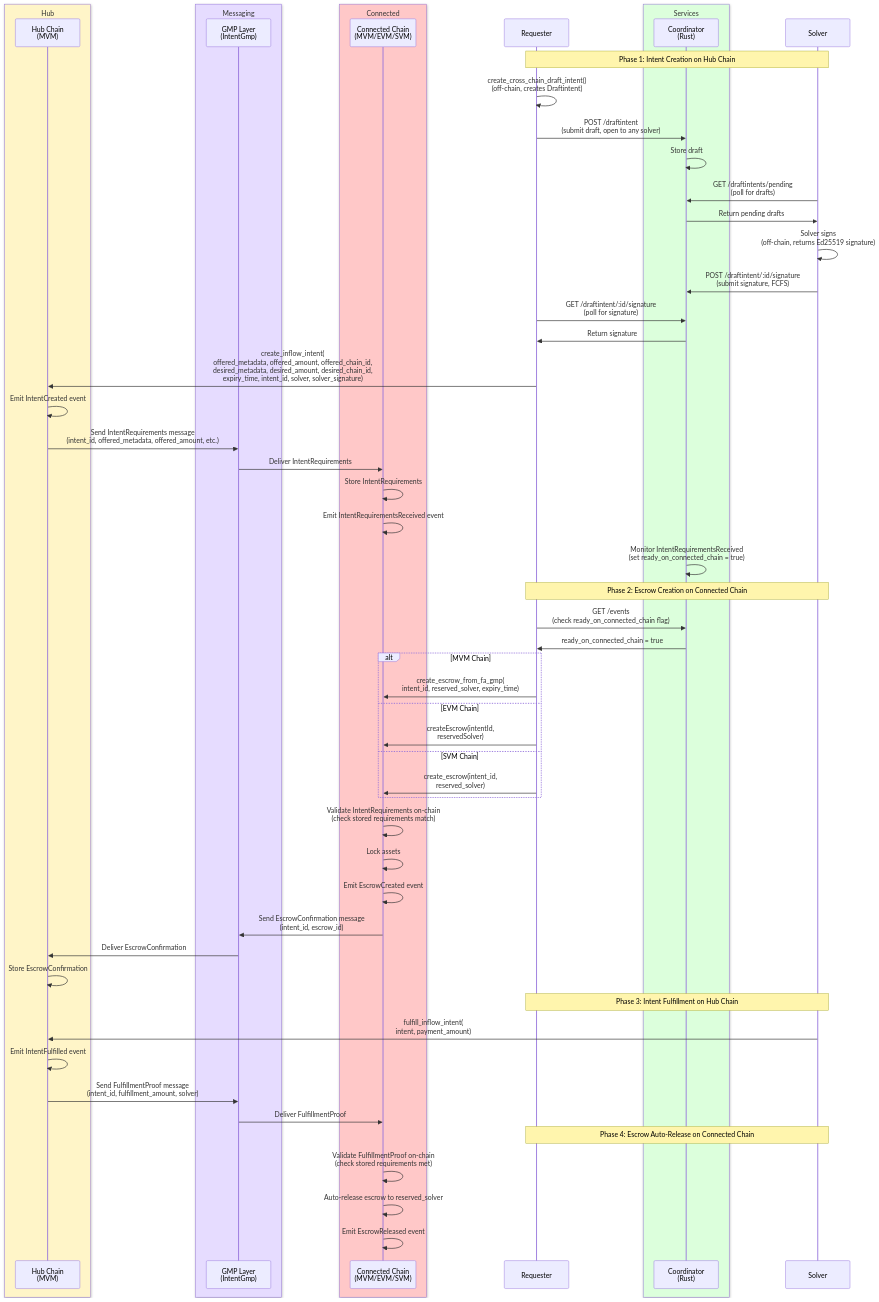
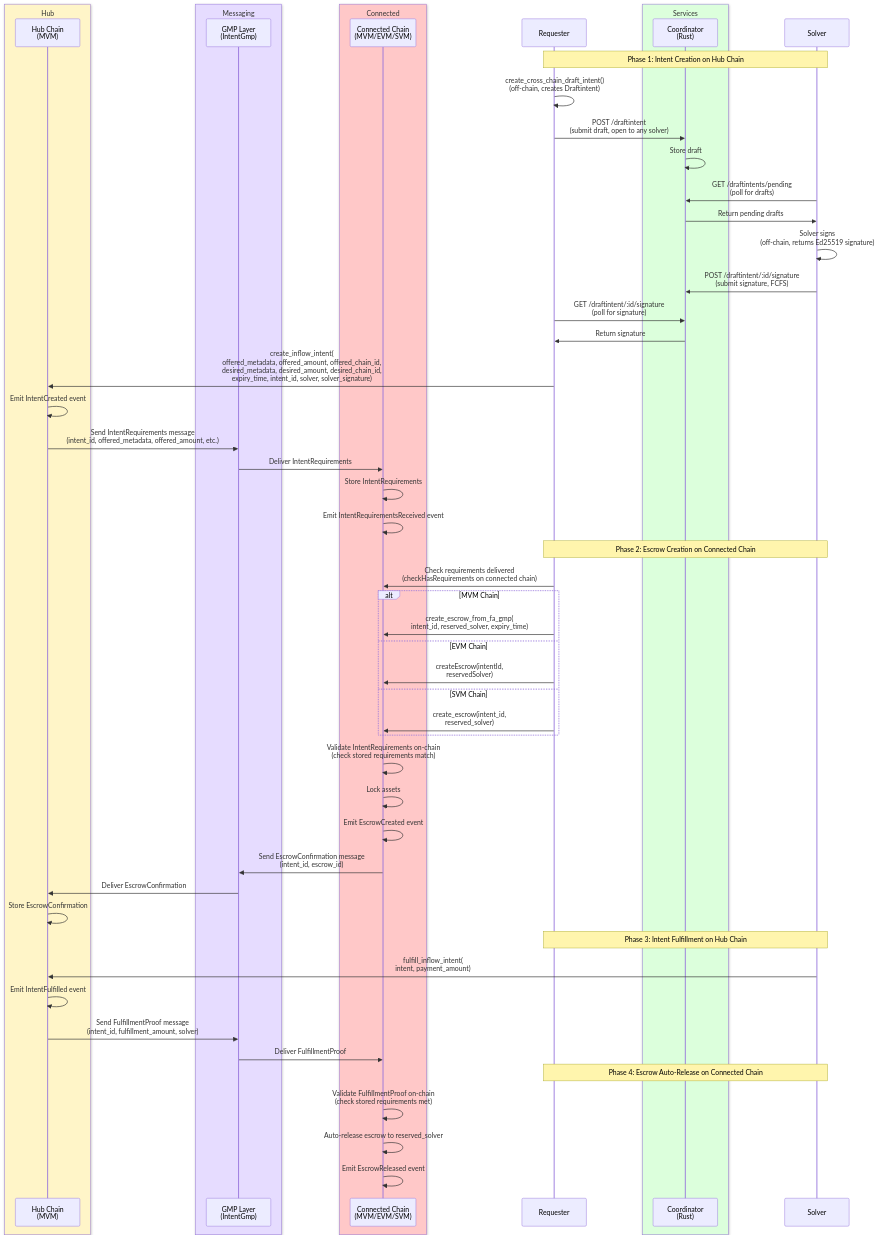
Before and after one commit to apenzk/int3nts: the second of 3 diagrams in docs/protocol.md, drawn with Mermaid. The commit also changed other lines of this file and 86 other files, not shown here.

````diff
--- a/docs/protocol.md
+++ b/docs/protocol.md
@@ -67,63 +63,61 @@
 ```mermaid
 sequenceDiagram
     box rgb(255, 245, 200) Hub
     participant Hub as Hub Chain<br/>(MVM)
     end
     box rgb(230, 220, 255) Messaging
     participant GMP as GMP Layer<br/>(IntentGmp)
     end
     box rgb(255, 200, 200) Connected
     participant Connected as Connected Chain<br/>(MVM/EVM/SVM)
     end
     participant Requester
     box rgb(220, 255, 220) Services
     participant Coordinator as Coordinator<br/>(Rust)
     end
     participant Solver
 
     Note over Requester,Solver: Phase 1: Intent Creation on Hub Chain
     Requester->>Requester: create_cross_chain_draft_intent()<br/>(off-chain, creates Draftintent)
     Requester->>Coordinator: POST /draftintent<br/>(submit draft, open to any solver)
     Coordinator->>Coordinator: Store draft
     Solver->>Coordinator: GET /draftintents/pending<br/>(poll for drafts)
     Coordinator->>Solver: Return pending drafts
     Solver->>Solver: Solver signs<br/>(off-chain, returns Ed25519 signature)
     Solver->>Coordinator: POST /draftintent/:id/signature<br/>(submit signature, FCFS)
     Requester->>Coordinator: GET /draftintent/:id/signature<br/>(poll for signature)
     Coordinator->>Requester: Return signature
     Requester->>Hub: create_inflow_intent(<br/>offered_metadata, offered_amount, offered_chain_id,<br/>desired_metadata, desired_amount, desired_chain_id,<br/>expiry_time, intent_id, solver, solver_signature)
     Hub->>Hub: Emit IntentCreated event
     Hub->>GMP: Send IntentRequirements message<br/>(intent_id, offered_metadata, offered_amount, etc.)
     GMP->>Connected: Deliver IntentRequirements
     Connected->>Connected: Store IntentRequirements
     Connected->>Connected: Emit IntentRequirementsReceived event
-    Coordinator->>Coordinator: Monitor IntentRequirementsReceived<br/>(set ready_on_connected_chain = true)
 
     Note over Requester,Solver: Phase 2: Escrow Creation on Connected Chain
-    Requester->>Coordinator: GET /events<br/>(check ready_on_connected_chain flag)
-    Coordinator->>Requester: ready_on_connected_chain = true
+    Requester->>Connected: Check requirements delivered<br/>(checkHasRequirements on connected chain)
     alt MVM Chain
         Requester->>Connected: create_escrow_from_fa_gmp(<br/>intent_id, reserved_solver, expiry_time)
     else EVM Chain
         Requester->>Connected: createEscrow(intentId,<br/>reservedSolver)
     else SVM Chain
         Requester->>Connected: create_escrow(intent_id,<br/>reserved_solver)
     end
     Connected->>Connected: Validate IntentRequirements on-chain<br/>(check stored requirements match)
     Connected->>Connected: Lock assets
     Connected->>Connected: Emit EscrowCreated event
     Connected->>GMP: Send EscrowConfirmation message<br/>(intent_id, escrow_id)
     GMP->>Hub: Deliver EscrowConfirmation
     Hub->>Hub: Store EscrowConfirmation
 
     Note over Requester,Solver: Phase 3: Intent Fulfillment on Hub Chain
     Solver->>Hub: fulfill_inflow_intent(<br/>intent, payment_amount)
     Hub->>Hub: Emit IntentFulfilled event
     Hub->>GMP: Send FulfillmentProof message<br/>(intent_id, fulfillment_amount, solver)
     GMP->>Connected: Deliver FulfillmentProof
 
     Note over Requester,Solver: Phase 4: Escrow Auto-Release on Connected Chain
     Connected->>Connected: Validate FulfillmentProof on-chain<br/>(check stored requirements met)
     Connected->>Connected: Auto-release escrow to reserved_solver
     Connected->>Connected: Emit EscrowReleased event
 ```
````
